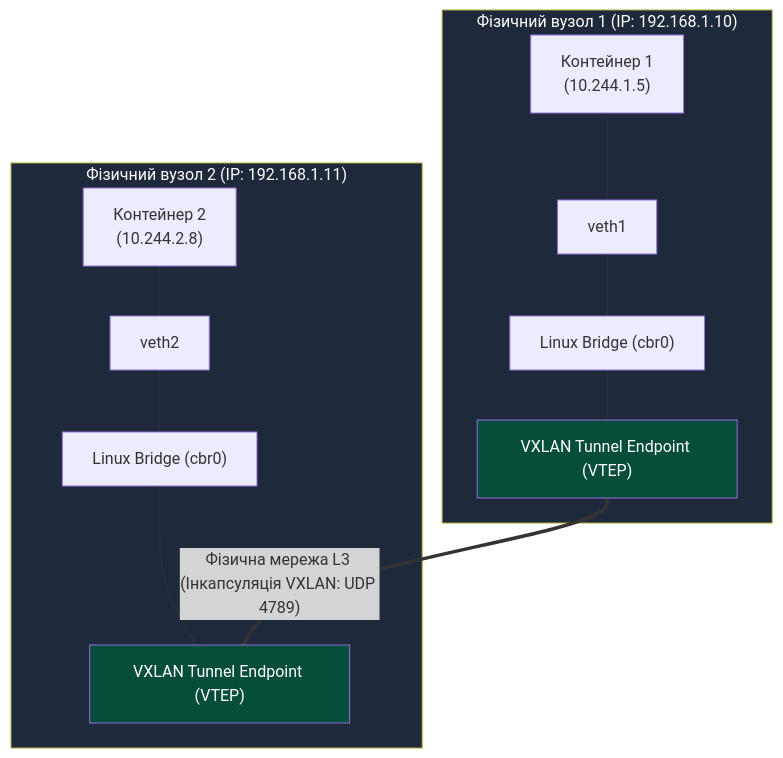
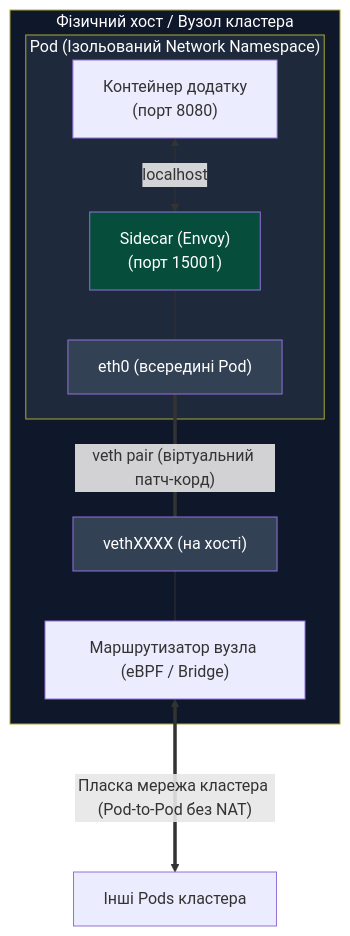
The first of 3 diagrams in docs/05_networking_mesh.md (vplanto/cloud_grid), drawn with Mermaid before and after one commit. The commit also changed other lines of this file and 1 other file, not shown here.

````diff
--- a/docs/05_networking_mesh.md
+++ b/docs/05_networking_mesh.md
@@ -65,21 +65,20 @@
 ```mermaid
 flowchart TD
-    subgraph Host1 ["Фізичний вузол 1 (IP: 192.168.1.10)"]
-        C1["Контейнер 1<br>(10.244.1.5)"] --- VETH1["veth1"]
-        VETH1 --- BR1["Linux Bridge (cbr0)"]
-        BR1 --- VTEP1["VXLAN Tunnel Endpoint (VTEP)"]
+    subgraph Host ["Фізичний хост / Вузол кластера"]
+        subgraph Pod ["Pod (Ізольований Network Namespace)"]
+            App["Контейнер додатку<br>(порт 8080)"] <-->|"localhost"| Sidecar["Sidecar (Envoy)<br>(порт 15001)"]
+            Sidecar --- ETH0["eth0 (всередині Pod)"]
+        end
+
+        ETH0 ===|"veth pair (віртуальний патч-корд)"| VETH["vethXXXX (на хості)"]
+        VETH --- Core["Маршрутизатор вузла (eBPF / Bridge)"]
     end
 
-    subgraph Host2 ["Фізичний вузол 2 (IP: 192.168.1.11)"]
-        C2["Контейнер 2<br>(10.244.2.8)"] --- VETH2["veth2"]
-        VETH2 --- BR2["Linux Bridge (cbr0)"]
-        BR2 --- VTEP2["VXLAN Tunnel Endpoint (VTEP)"]
-    end
+    Core <===>|"Пласка мережа кластера (Pod-to-Pod без NAT)"| OtherPods["Інші Pods кластера"]
 
-    VTEP1 ===|"Фізична мережа L3 (Інкапсуляція VXLAN: UDP 4789)"| VTEP2
-
-    style Host1 fill:#1e293b,color:#fff
-    style Host2 fill:#1e293b,color:#fff
-    style VTEP1 fill:#064e3b,color:#fff
-    style VTEP2 fill:#064e3b,color:#fff
+    style Host fill:#0f172a,color:#fff
+    style Pod fill:#1e293b,color:#fff
+    style Sidecar fill:#064e3b,color:#fff
+    style ETH0 fill:#334155,color:#fff
+    style VETH fill:#334155,color:#fff
 ```
````
